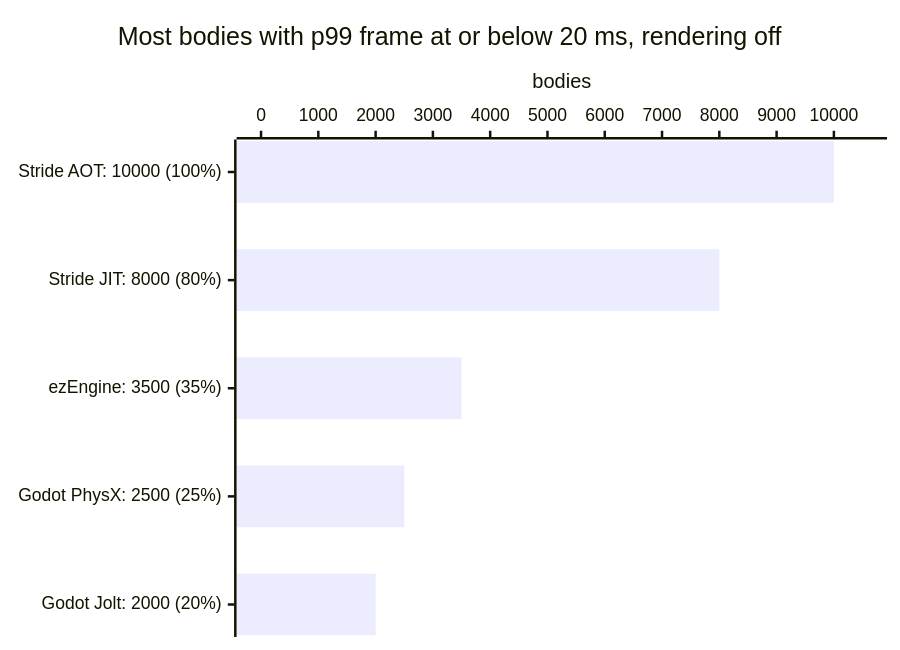
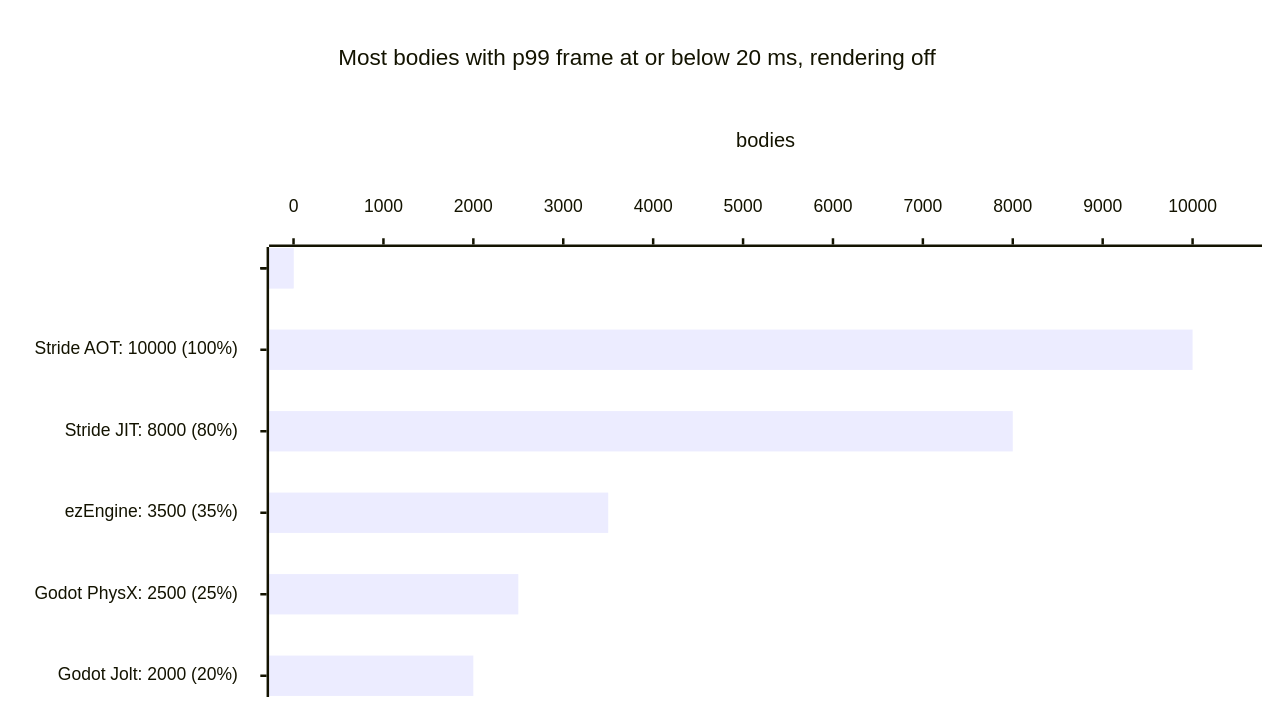
Before and after one commit to CreatoramaStudio/QuestMark: the sixth of 6 diagrams in README.md, drawn with Mermaid. The commit also changed other lines of this file and 1 other file, not shown here.

Commit message:
README charts: padding config and spacer rows above and below the bars

````diff
--- a/README.md
+++ b/README.md
@@ -97,7 +182,24 @@
 ```mermaid
+---
+config:
+  xyChart:
+    width: 1000
+    height: 548
+    titlePadding: 28
+    titleFontSize: 18
+    plotReservedSpacePercent: 60
+    xAxis:
+      labelFontSize: 14
+      labelPadding: 18
+      titlePadding: 18
+    yAxis:
+      labelFontSize: 14
+      labelPadding: 18
+      titlePadding: 18
+---
 xychart-beta horizontal
     title "Most bodies with p99 frame at or below 20 ms, rendering off"
-    x-axis ["Stride AOT: 10000 (100%)", "Stride JIT: 8000 (80%)", "ezEngine: 3500 (35%)", "Godot PhysX: 2500 (25%)", "Godot Jolt: 2000 (20%)"]
+    x-axis [" ", "Stride AOT: 10000 (100%)", "Stride JIT: 8000 (80%)", "ezEngine: 3500 (35%)", "Godot PhysX: 2500 (25%)", "Godot Jolt: 2000 (20%)", "  "]
     y-axis "bodies" 0 --> 10500
-    bar [10000, 8000, 3500, 2500, 2000]
+    bar [0, 10000, 8000, 3500, 2500, 2000, 0]
 ```
````
